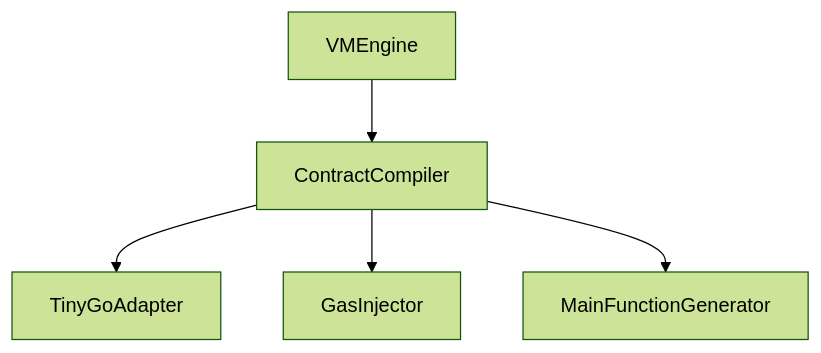
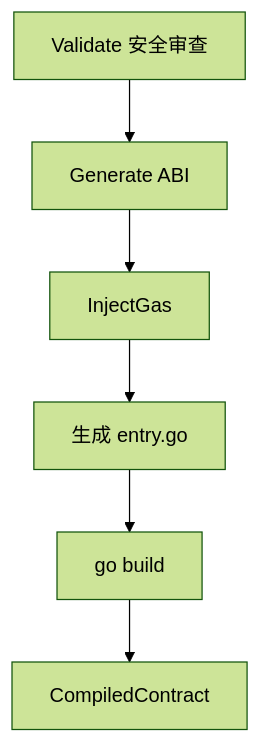
One commit to lengzhao/vm changed the diagram in docs/detailed_design/compiler_detailed_design.md. Above: the diagram before and after it, drawn with Mermaid (forest theme). The commit also changed other lines of this file and 16 other files, not shown here.

````diff
--- a/docs/detailed_design/compiler_detailed_design.md
+++ b/docs/detailed_design/compiler_detailed_design.md
@@ -388,7 +9,8 @@
 ```mermaid
-graph TD
-A[VMEngine] --> B[ContractCompiler]
-B --> C[TinyGoAdapter]
-B --> D[GasInjector]
-B --> E[MainFunctionGenerator]
+flowchart TD
+    A[Validate 安全审查] --> B[Generate ABI]
+    B --> C[InjectGas]
+    C --> D[生成 entry.go]
+    D --> E[go build]
+    E --> F[CompiledContract]
 ```
````
